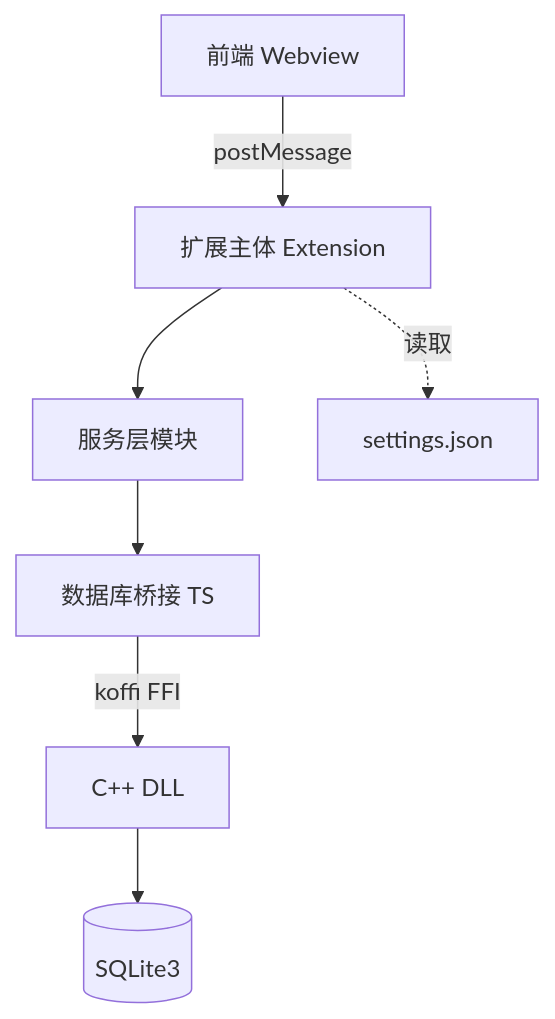
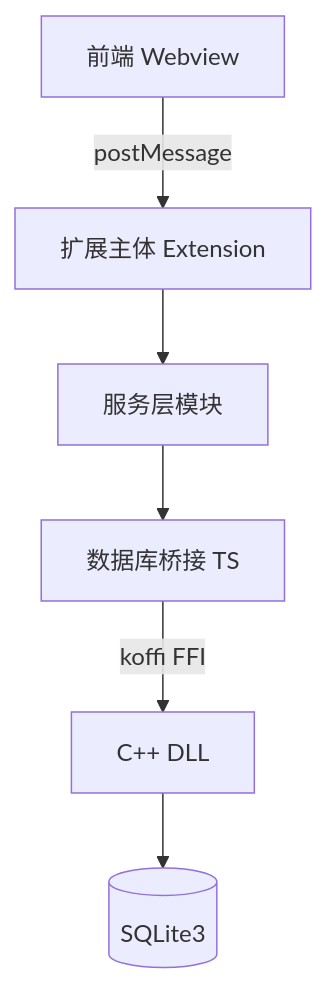
The first of 9 diagrams in RequirementDocument/设计文档.md (Aldebaran638/Doc-Doctor), drawn with Mermaid before and after one commit. The commit also changed other lines of this file and 3 other files, not shown here.

````diff
--- a/RequirementDocument/设计文档.md
+++ b/RequirementDocument/设计文档.md
@@ -43,9 +43,8 @@
 ```mermaid
 graph TB
     UI[前端 Webview] -->|postMessage| EXT[扩展主体 Extension]
     EXT --> SERVICE[服务层模块]
     SERVICE --> DB_TS[数据库桥接 TS]
     DB_TS -->|koffi FFI| DB_CPP[C++ DLL]
     DB_CPP --> SQLITE[(SQLite3)]
-    EXT -.->|读取| SETTINGS[settings.json]
 ```
````
